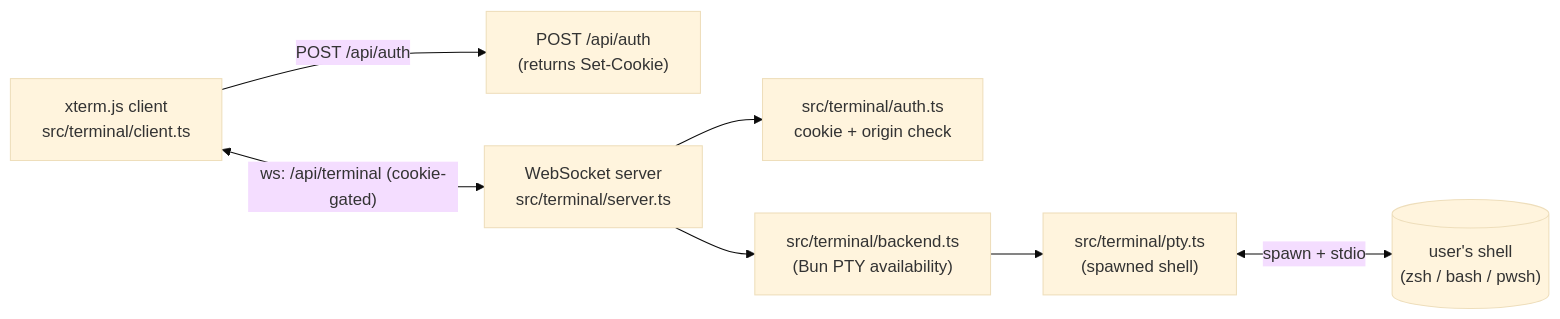
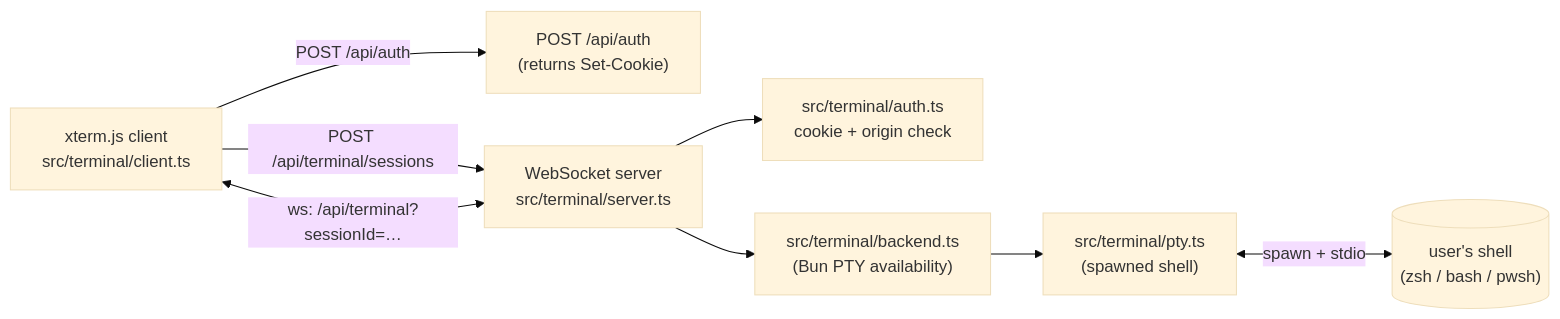
One commit to tjakobsson/uatu changed the fifth of 5 diagrams in ARCHITECTURE.md. Above: the diagram before and after it, drawn with Mermaid (base theme). The commit also changed other lines of this file and 82 other files, not shown here.

````diff
--- a/ARCHITECTURE.md
+++ b/ARCHITECTURE.md
@@ -283,17 +294,18 @@
 ```mermaid
 flowchart LR
   Client["xterm.js client<br/>src/terminal/client.ts"]
   Cookie["POST /api/auth<br/>(returns Set-Cookie)"]
   Server["WebSocket server<br/>src/terminal/server.ts"]
   Auth["src/terminal/auth.ts<br/>cookie + origin check"]
   Backend["src/terminal/backend.ts<br/>(Bun PTY availability)"]
   PTY["src/terminal/pty.ts<br/>(spawned shell)"]
   Shell[("user's shell<br/>(zsh / bash / pwsh)")]
 
   Client -- POST /api/auth --> Cookie
-  Client <-- "ws: /api/terminal (cookie-gated)" --> Server
+  Client -- "POST /api/terminal/sessions" --> Server
+  Client <-- "ws: /api/terminal?sessionId=…" --> Server
   Server --> Auth
   Server --> Backend
   Backend --> PTY
   PTY <-- spawn + stdio --> Shell
 ```
````
